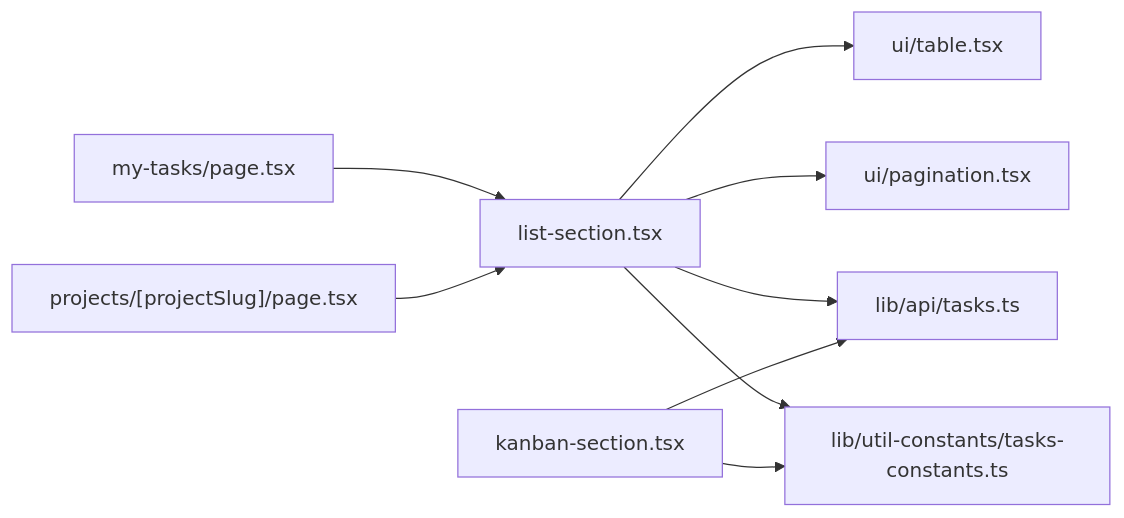
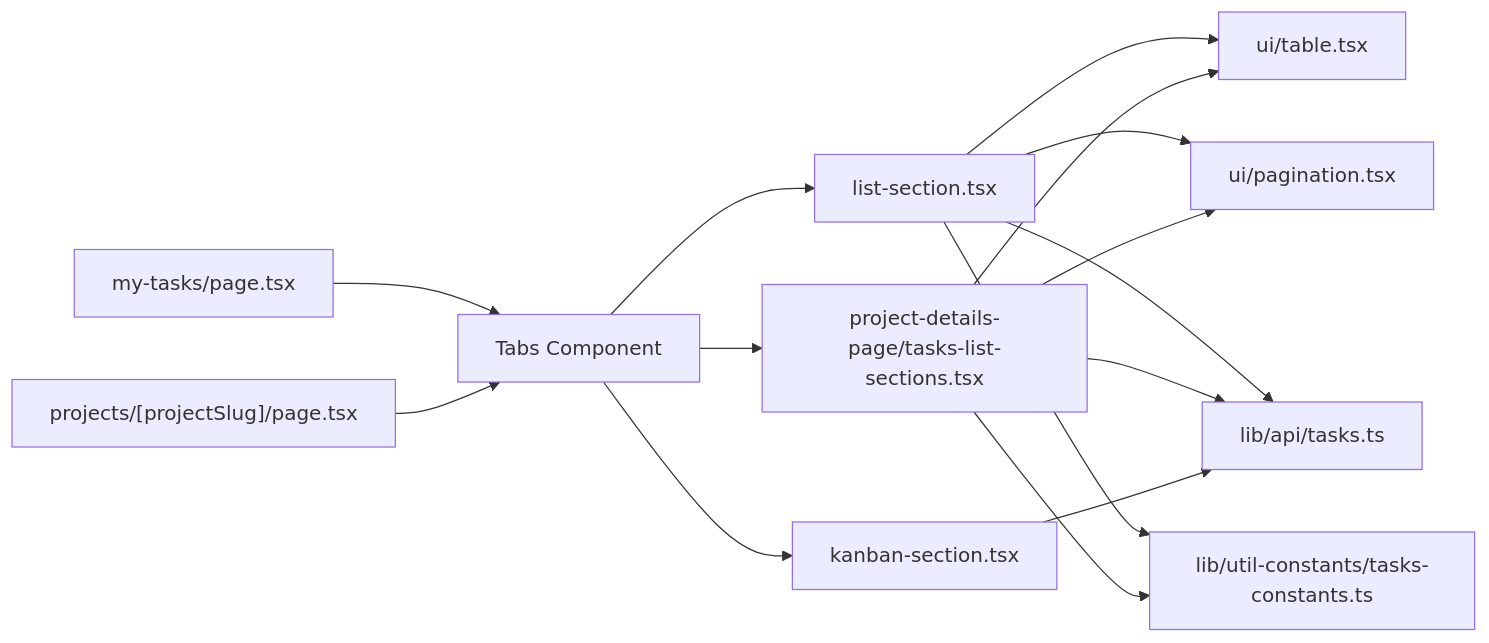
Before and after one commit to jejejesus/TaskFlow: the eighth of 8 diagrams in .qoder/repowiki/en/content/Task Management Feature/Task Views and Display.md, drawn with Mermaid. The commit also changed other lines of this file and 21 other files, not shown here.

````diff
--- a/.qoder/repowiki/en/content/Task Management Feature/Task Views and Display.md
+++ b/.qoder/repowiki/en/content/Task Management Feature/Task Views and Display.md
@@ -264,11 +322,17 @@
 ```mermaid
 graph LR
-MyTasks["my-tasks/page.tsx"] --> ListSection["list-section.tsx"]
-ProjectDetails["projects/[projectSlug]/page.tsx"] --> ListSection
+MyTasks["my-tasks/page.tsx"] --> Tabs["Tabs Component"]
+ProjectDetails["projects/[projectSlug]/page.tsx"] --> Tabs
+Tabs --> ListSection["list-section.tsx"]
+Tabs --> ProjectList["project-details-page/tasks-list-sections.tsx"]
+Tabs --> KanbanSection["kanban-section.tsx"]
 ListSection --> TableUI["ui/table.tsx"]
 ListSection --> PaginationUI["ui/pagination.tsx"]
+ProjectList --> TableUI
+ProjectList --> PaginationUI
 ListSection --> TasksAPI["lib/api/tasks.ts"]
+ProjectList --> TasksAPI
+KanbanSection --> TasksAPI
 ListSection --> Constants["lib/util-constants/tasks-constants.ts"]
-KanbanSection["kanban-section.tsx"] --> TasksAPI
-KanbanSection --> Constants
+ProjectList --> Constants
 ```
````
